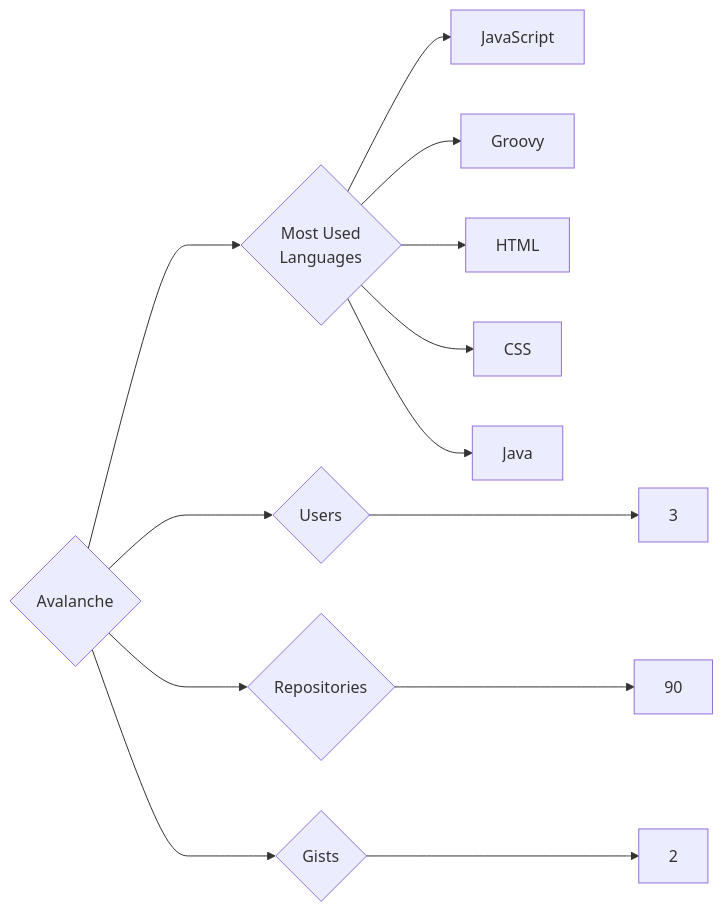
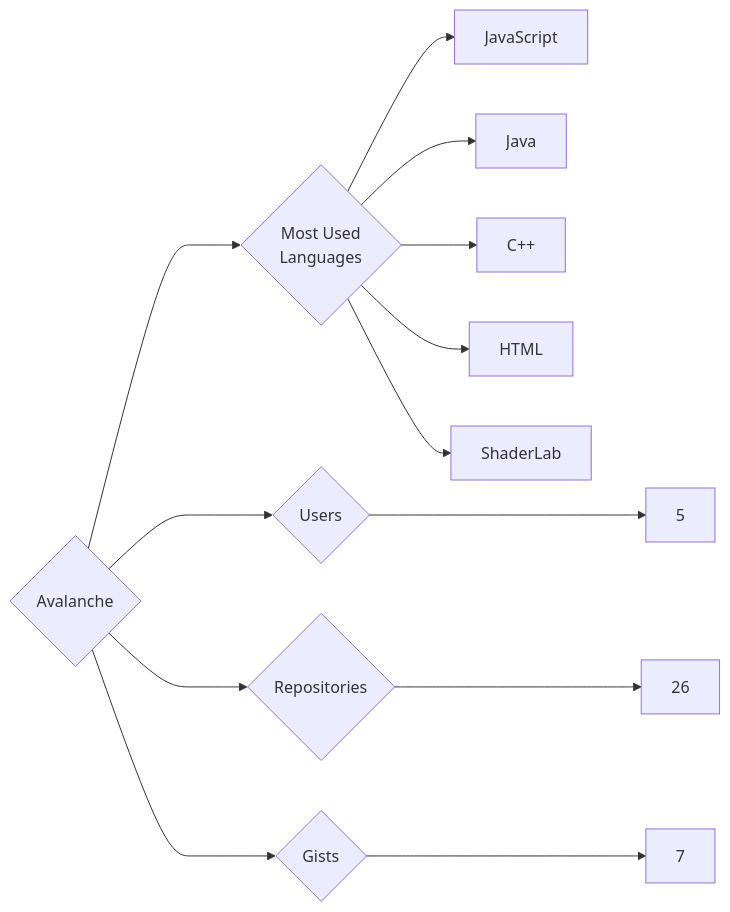
The diagram in targets/Avalanche/README.md (trickest/insiders), drawn with Mermaid before and after one commit. The commit also changed 988 other files, not shown here.

````diff
--- a/targets/Avalanche/README.md
+++ b/targets/Avalanche/README.md
@@ -3,13 +3,13 @@
 ```mermaid
 graph LR
 COMPANY_NAME{Avalanche}
-COMPANY_NAME ---> U{Users} ---> UN[3]
-COMPANY_NAME ---> R{Repositories} ---> RN[90]
-COMPANY_NAME ---> G{Gists} ---> GN[2]
+COMPANY_NAME ---> U{Users} ---> UN[5]
+COMPANY_NAME ---> R{Repositories} ---> RN[26]
+COMPANY_NAME ---> G{Gists} ---> GN[7]
 COMPANY_NAME ---> ML{Most Used<br>Languages}
 ML --> JavaScript[JavaScript]
-ML --> Groovy[Groovy]
+ML --> Java[Java]
+ML --> C++[C++]
 ML --> HTML[HTML]
-ML --> CSS[CSS]
-ML --> Java[Java]
+ML --> ShaderLab[ShaderLab]
 ```
````
